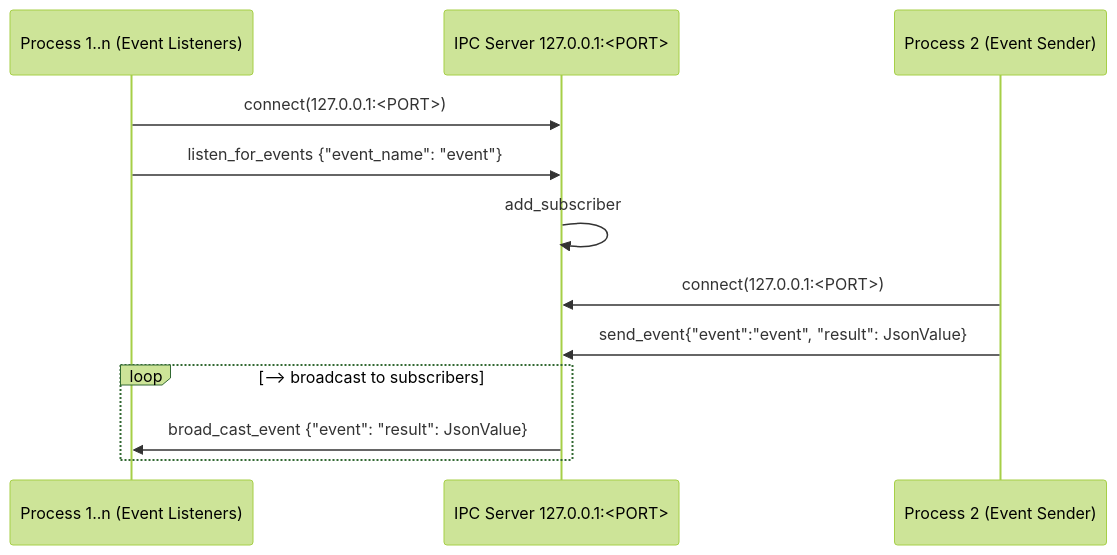
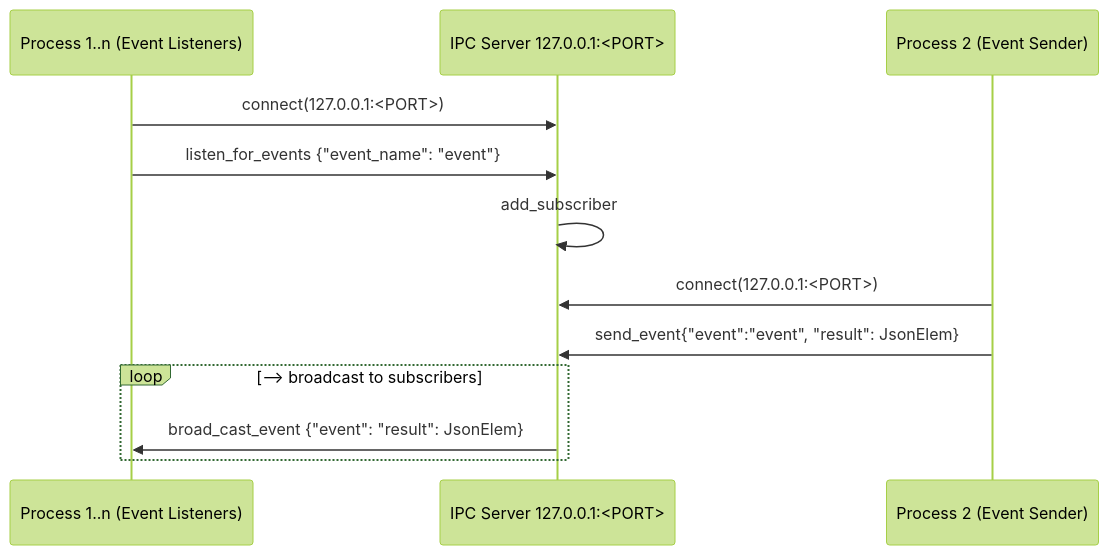
The second of 2 diagrams in README.md (LorenzoLeonardo/ipc-server), drawn with Mermaid (forest theme) before and after one commit. The commit also changed other lines of this file and 14 other files, not shown here.

Commit message:
use JsonElem and further improve

````diff
--- a/README.md
+++ b/README.md
@@ -38,18 +38,18 @@
 ```mermaid
 sequenceDiagram
     participant proc1 as Process 1..n (Event Listeners)
     participant server as IPC Server 127.0.0.1:<PORT>
     participant proc2 as Process 2 (Event Sender)
 
     proc1->>server: connect(127.0.0.1:<PORT>)
     proc1->>server: listen_for_events {"event_name": "event"}
 
     server->>server: add_subscriber
 
     proc2->>server: connect(127.0.0.1:<PORT>)
-    proc2->>server: send_event{"event":"event", "result": JsonValue}
+    proc2->>server: send_event{"event":"event", "result": JsonElem}
     loop --> broadcast to subscribers
 
-    server->>proc1: broad_cast_event {"event": "result": JsonValue}
+    server->>proc1: broad_cast_event {"event": "result": JsonElem}
     end
 ```
````
